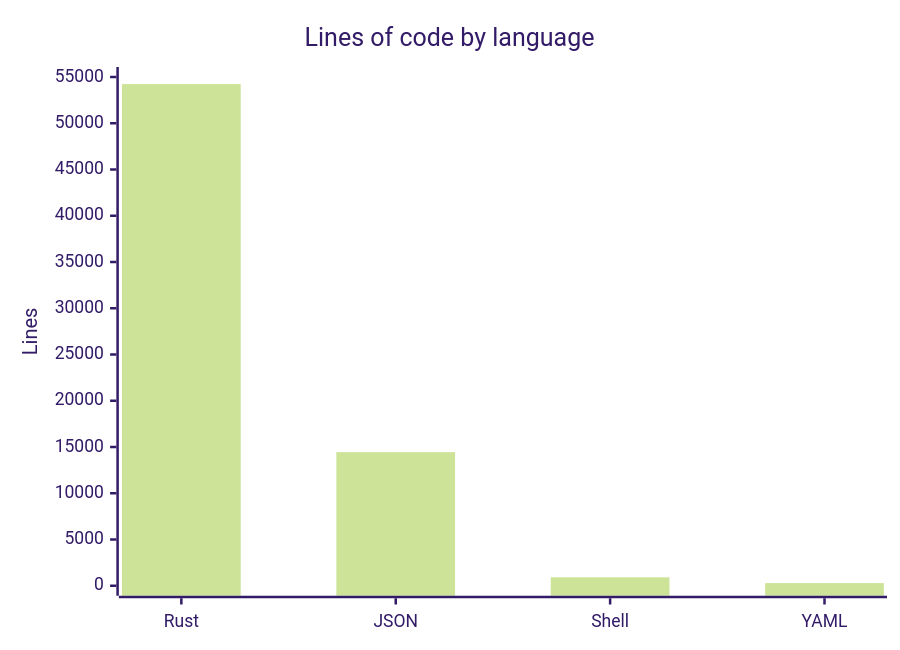
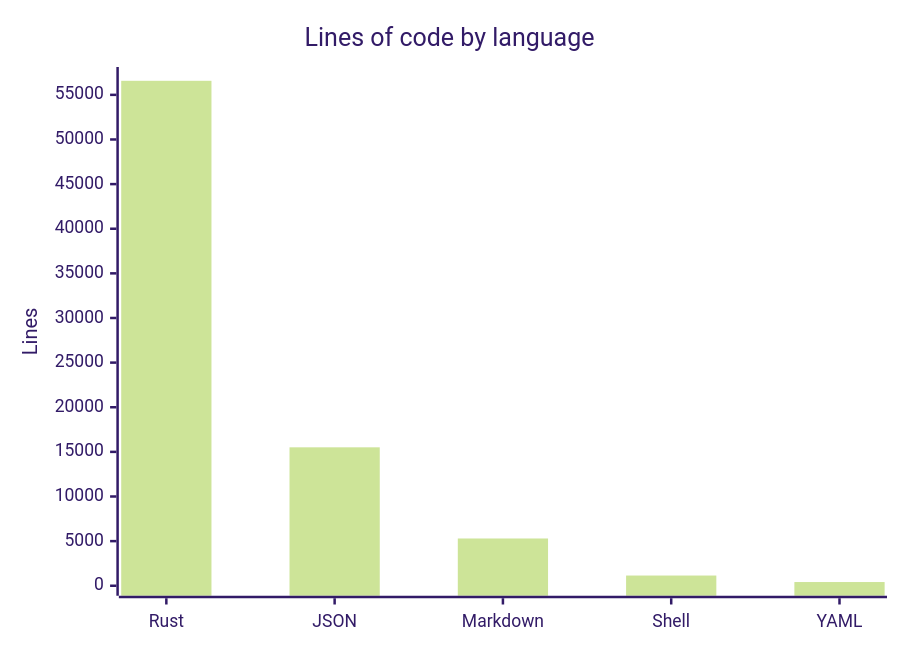
Before and after one commit to hypurrclaw/hyperliquid-cli: the diagram in droid-wiki/by-the-numbers.md, drawn with Mermaid (forest theme). The commit also changed other lines of this file and 18 other files, not shown here.

````diff
--- a/droid-wiki/by-the-numbers.md
+++ b/droid-wiki/by-the-numbers.md
@@ -16,7 +17,7 @@
 ```mermaid
 xychart-beta
     title "Lines of code by language"
-    x-axis ["Rust", "JSON", "Shell", "YAML"]
-    y-axis "Lines" 0 --> 55000
-    bar [54236, 14444, 914, 287]
+    x-axis ["Rust", "JSON", "Markdown", "Shell", "YAML"]
+    y-axis "Lines" 0 --> 57000
+    bar [56575, 15509, 5295, 1144, 416]
 ```
````
